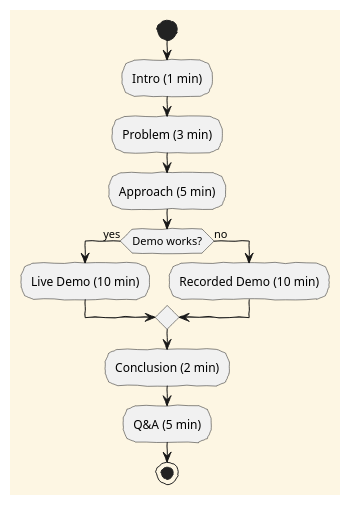
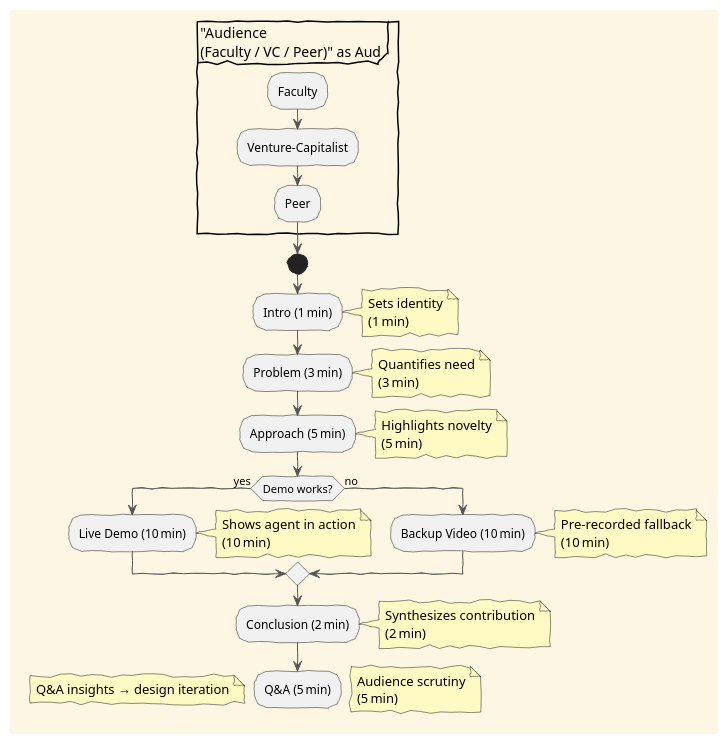
The diagram in aipa/llm-elevated/ch12-lecture-07.adoc (InquiryInstitute/AIPA), drawn with PlantUML before and after one commit. The commit also changed other lines of this file and 128 other files, not shown here.

```diff
--- a/aipa/llm-elevated/ch12-lecture-07.adoc
+++ b/aipa/llm-elevated/ch12-lecture-07.adoc
@@ -81,20 +132,46 @@
 [plantuml,ch12-l07,png,theme=sketchy-outline]
 ....
 @startuml
 skinparam backgroundColor #FDF6E3
 skinparam handwritten true
+skinparam rectangle {
+  BackgroundColor #E8F5E9
+  BorderColor #2E7D32
+}
+skinparam rectangle {
+  BackgroundColor #FFF3E0
+  BorderColor #EF6C00
+}
+skinparam ArrowColor #555555
+skinparam NoteBackgroundColor #FFF9C4
 
+'--- Audience lane ---
+partition "Audience\n(Faculty / VC / Peer)" as Aud {
+  :Faculty;
+  :Venture‑Capitalist;
+  :Peer;
+}
+
+'--- Presentation flow ---
 start
-:Intro (1 min);
-:Problem (3 min);
-:Approach (5 min);
+:Intro (1 min);
+note right: Sets identity\n(1 min)
+:Problem (3 min);
+note right: Quantifies need\n(3 min)
+:Approach (5 min);
+note right: Highlights novelty\n(5 min)
 if (Demo works?) then (yes)
-  :Live Demo (10 min);
+  :Live Demo (10 min);
+  note right: Shows agent in action\n(10 min)
 else (no)
-  :Recorded Demo (10 min);
+  :Backup Video (10 min);
+  note right: Pre‑recorded fallback\n(10 min)
 endif
-:Conclusion (2 min);
-:Q&A (5 min);
-stop
+:Conclusion (2 min);
+note right: Synthesizes contribution\n(2 min)
+:Q&A (5 min);
+note right: Audience scrutiny\n(5 min)
+'--- Feedback loop ---
+note left: Q&A insights → design iteration
 @enduml
 ....
```
